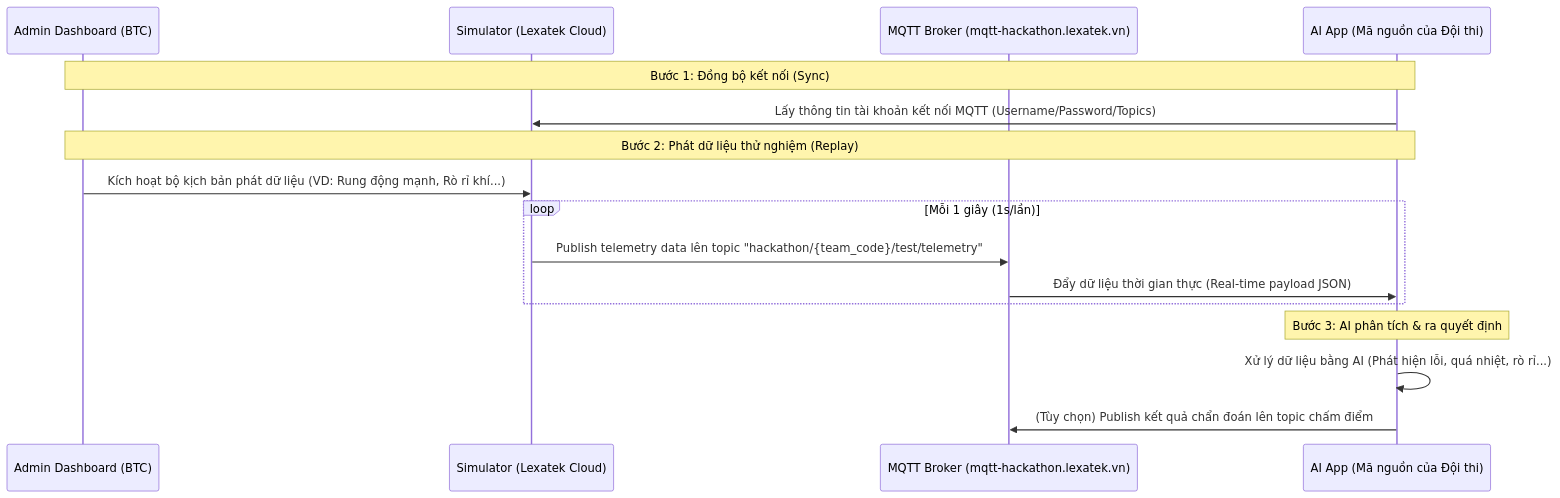
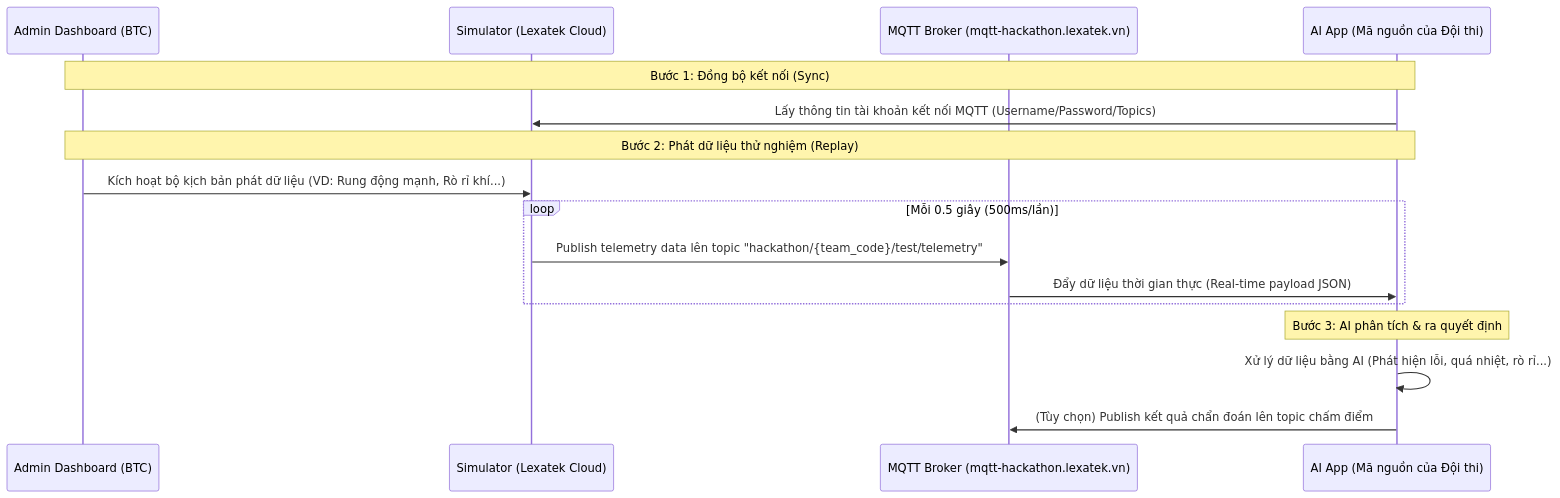
Before and after one commit to trietnpse180186/seal-management-system: the diagram in docs/guides/MQTT_GUIDE.md, drawn with Mermaid. The commit also changed other lines of this file and 4 other files, not shown here.

````diff
--- a/docs/guides/MQTT_GUIDE.md
+++ b/docs/guides/MQTT_GUIDE.md
@@ -33,22 +33,22 @@
 ```mermaid
 sequenceDiagram
     participant Admin as Admin Dashboard (BTC)
     participant Sim as Simulator (Lexatek Cloud)
     participant Broker as MQTT Broker (mqtt-hackathon.lexatek.vn)
     participant TeamApp as AI App (Mã nguồn của Đội thi)
     
     Note over Admin, TeamApp: Bước 1: Đồng bộ kết nối (Sync)
     TeamApp->>Sim: Lấy thông tin tài khoản kết nối MQTT (Username/Password/Topics)
     
     Note over Admin, TeamApp: Bước 2: Phát dữ liệu thử nghiệm (Replay)
     Admin->>Sim: Kích hoạt bộ kịch bản phát dữ liệu (VD: Rung động mạnh, Rò rỉ khí...)
     
-    loop Mỗi 1 giây (1s/lần)
+    loop Mỗi 0.5 giây (500ms/lần)
         Sim->>Broker: Publish telemetry data lên topic "hackathon/{team_code}/test/telemetry"
         Broker->>TeamApp: Đẩy dữ liệu thời gian thực (Real-time payload JSON)
     end
     
     Note over TeamApp: Bước 3: AI phân tích & ra quyết định
     TeamApp->>TeamApp: Xử lý dữ liệu bằng AI (Phát hiện lỗi, quá nhiệt, rò rỉ...)
     TeamApp->>Broker: (Tùy chọn) Publish kết quả chẩn đoán lên topic chấm điểm
 ```
````
